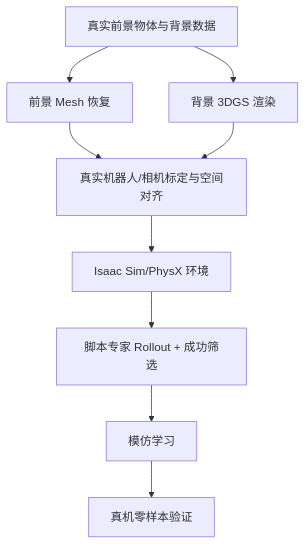
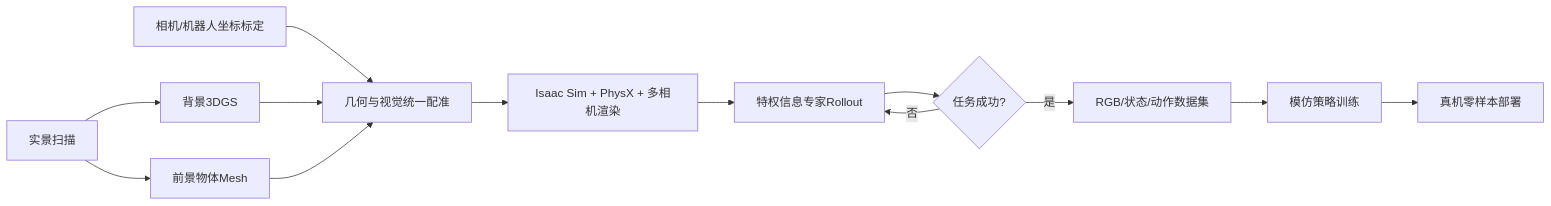
The third of 13 diagrams in docs/Sim2Real_前沿技术路线综述_2025-2026.md (AforestSong/Sim2Real-Frontier-Survey), drawn with Mermaid before and after one commit. The commit also changed other lines of this file and 7 other files, not shown here.

````diff
--- a/docs/Sim2Real_前沿技术路线综述_2025-2026.md
+++ b/docs/Sim2Real_前沿技术路线综述_2025-2026.md
@@ -110,11 +156,15 @@
 ```mermaid
-flowchart TD
- A[真实前景物体与背景数据] --> B[前景 Mesh 恢复]
- A --> C[背景 3DGS 渲染]
- B --> D[真实机器人/相机标定与空间对齐]
- C --> D
- D --> E[Isaac Sim/PhysX 环境]
- E --> F[脚本专家 Rollout + 成功筛选]
- F --> G[模仿学习]
- G --> H[真机零样本验证]
+flowchart LR
+ A[实景扫描] --> B[背景3DGS]
+ A --> C[前景物体Mesh]
+ D[相机/机器人坐标标定] --> E[几何与视觉统一配准]
+ B --> E
+ C --> E
+ E --> F[Isaac Sim + PhysX + 多相机渲染]
+ F --> G[特权信息专家Rollout]
+ G --> H{任务成功?}
+ H -- 否 --> G
+ H -- 是 --> I[RGB/状态/动作数据集]
+ I --> J[模仿策略训练]
+ J --> K[真机零样本部署]
 ```
````
